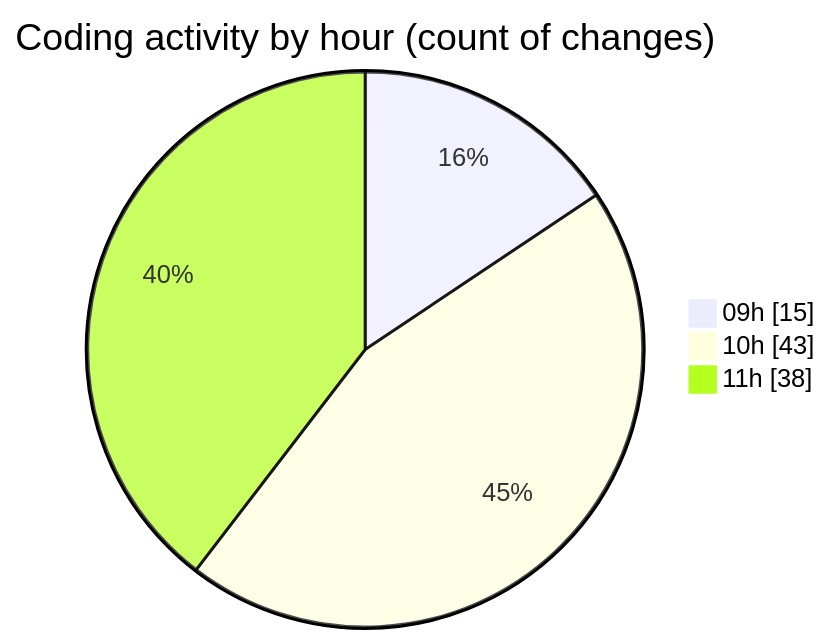
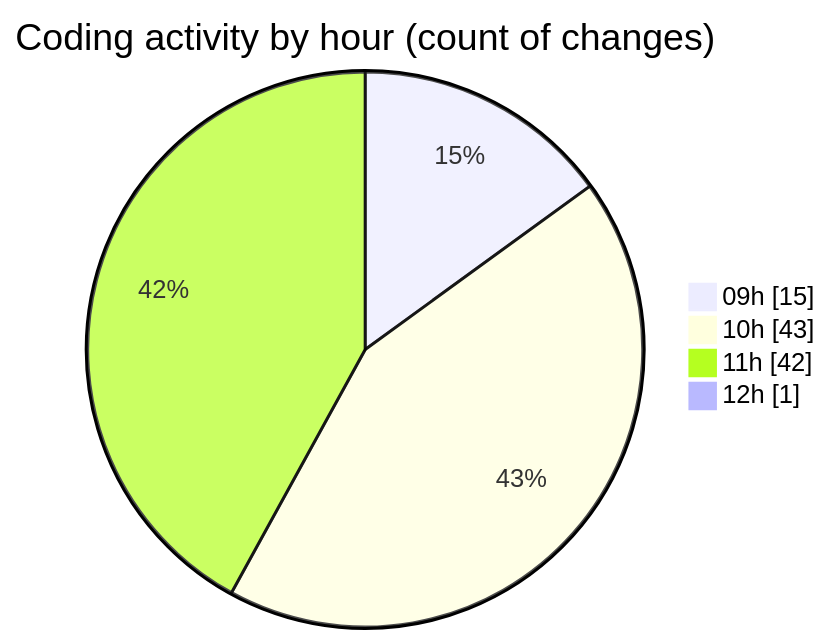
Before and after one commit to momahboobian/code-tracking: the second of 2 diagrams in 2025-09-30/cda/README.md, drawn with Mermaid. The commit also changed other lines of this file and 1 other file, not shown here.

````diff
--- a/2025-09-30/cda/README.md
+++ b/2025-09-30/cda/README.md
@@ -32,7 +32,8 @@
 ```mermaid
 pie showData
 title Coding activity by hour (count of changes)
 "09h" : 15
 "10h" : 43
-"11h" : 38
+"11h" : 42
+"12h" : 1
 ```
````
